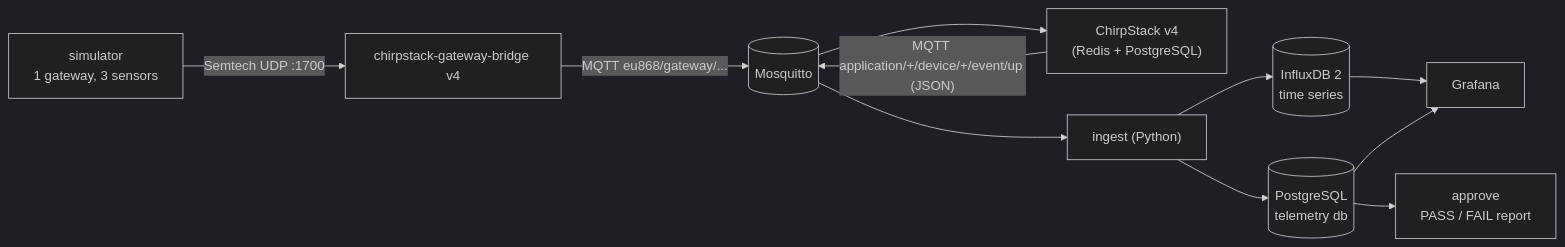
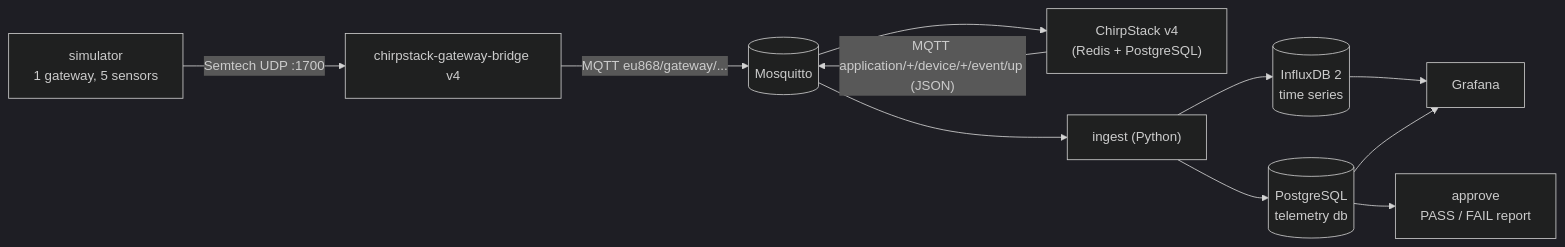
Before and after one commit to Dante-138/eng-iot-telemetry-pipeline: the diagram in README.md, drawn with Mermaid (dark theme). The commit also changed other lines of this file and 9 other files, not shown here.

````diff
--- a/README.md
+++ b/README.md
@@ -12,13 +12,13 @@
 ```mermaid
 flowchart LR
-    S["simulator<br/>1 gateway, 3 sensors"] -->|"Semtech UDP :1700"| B["chirpstack-gateway-bridge v4"]
+    S["simulator<br/>1 gateway, 5 sensors"] -->|"Semtech UDP :1700"| B["chirpstack-gateway-bridge v4"]
     B -->|"MQTT eu868/gateway/..."| M[("Mosquitto")]
     M --> C["ChirpStack v4<br/>(Redis + PostgreSQL)"]
     C -->|"MQTT application/+/device/+/event/up (JSON)"| M
     M --> I["ingest (Python)"]
     I --> T[("InfluxDB 2<br/>time series")]
     I --> P[("PostgreSQL<br/>telemetry db")]
     T --> G["Grafana"]
     P --> G
     P --> A["approve<br/>PASS / FAIL report"]
 ```
````
